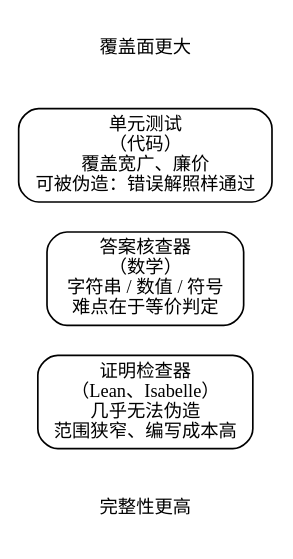
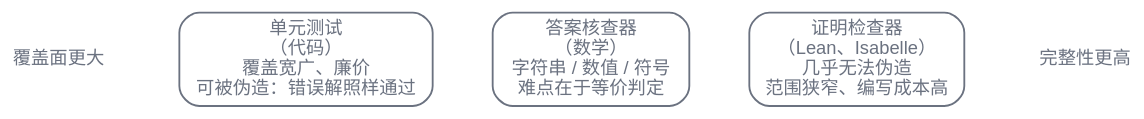
The second of 4 diagrams in zh/p3-reasoning/14-training-to-reason.qmd (latere-ai/ai-as-an-infrastructure), drawn with Graphviz before and after one commit. The commit also changed 186 other files, not shown here.

First line of the commit message:
book: visual audit pass on all diagrams and figures

````diff
--- a/zh/p3-reasoning/14-training-to-reason.qmd
+++ b/zh/p3-reasoning/14-training-to-reason.qmd
@@ -57,19 +57,19 @@
 ```{dot}
 //| label: fig-training-to-reason-verifiers
 //| fig-cap: "三类验证器在覆盖面与完整性之间权衡。单元测试宽广却可被伪造，形式化证明检查器几乎无法伪造却范围狭窄。"
 digraph verifiers {
   rankdir=LR;
-  node [shape=box, style=rounded, fontsize=11];
-  edge [color="#888888"];
+  bgcolor="transparent";
+  node [shape=box, style=rounded, fontsize=11, fontname="Helvetica", color="#6b7280", fontcolor="#6b7280", penwidth=1.1];
+  edge [color="#6b7280", fontcolor="#6b7280"];
 
   tests   [label="单元测试\n（代码）\n覆盖宽广、廉价\n可被伪造：错误解照样通过"];
   checker [label="答案核查器\n（数学）\n字符串 / 数值 / 符号\n难点在于等价判定"];
   proof   [label="证明检查器\n（Lean、Isabelle）\n几乎无法伪造\n范围狭窄、编写成本高"];
 
   coverage  [label="覆盖面更大", shape=plaintext];
   integrity [label="完整性更高", shape=plaintext];
 
   coverage -> tests -> checker -> proof -> integrity [style=invis];
-  { rank=same; coverage; tests; checker; proof; integrity; }
 }
 ```
````
